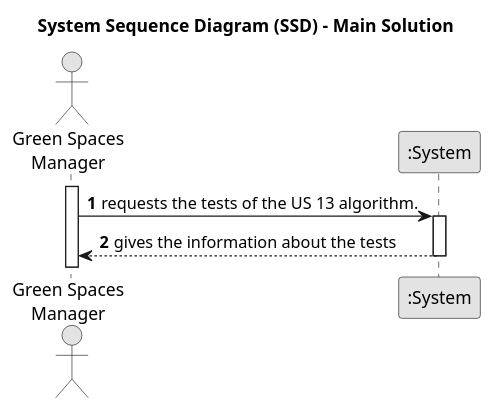
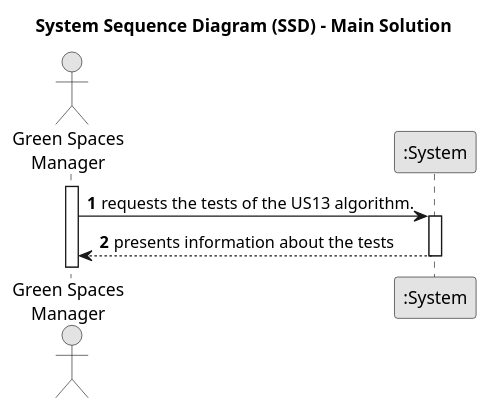
The diagram in docs/sprintB/us014/01.requirements-engineering/puml/us014-system-sequence-diagram-main-solution.puml (Departamento-de-Engenharia-Informatica/lei-24-s2-1dkl-g134), drawn with PlantUML before and after one commit. The commit also changed 13 other files, not shown here.

```diff
--- a/docs/sprintB/us014/01.requirements-engineering/puml/us014-system-sequence-diagram-main-solution.puml
+++ b/docs/sprintB/us014/01.requirements-engineering/puml/us014-system-sequence-diagram-main-solution.puml
@@ -1,21 +1,21 @@
 @startuml
 skinparam monochrome true
 skinparam packageStyle rectangle
 skinparam shadowing false
 
 title System Sequence Diagram (SSD) - Main Solution
 
 autonumber
 
 actor "Green Spaces\nManager" as Manager
 participant ":System" as System
 
 activate Manager
 
-    Manager -> System : requests the tests of the US 13 algorithm.
+    Manager -> System : requests the tests of the US13 algorithm.
     activate System
 
-        System --> Manager :gives the information about the tests
+        System --> Manager :presents information about the tests
     deactivate System
 
 @enduml
```
